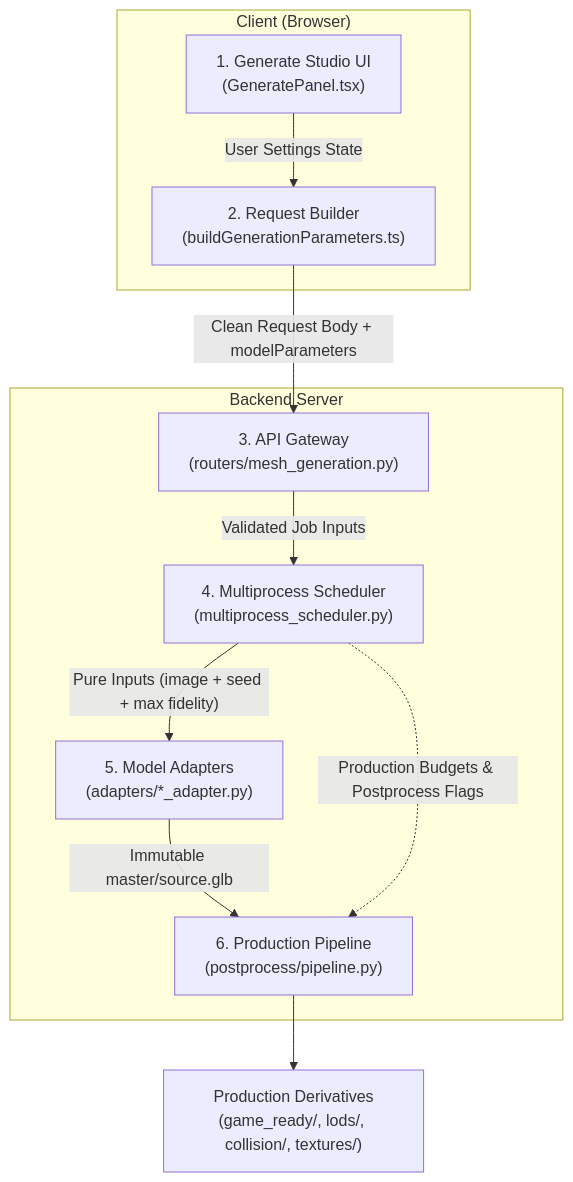
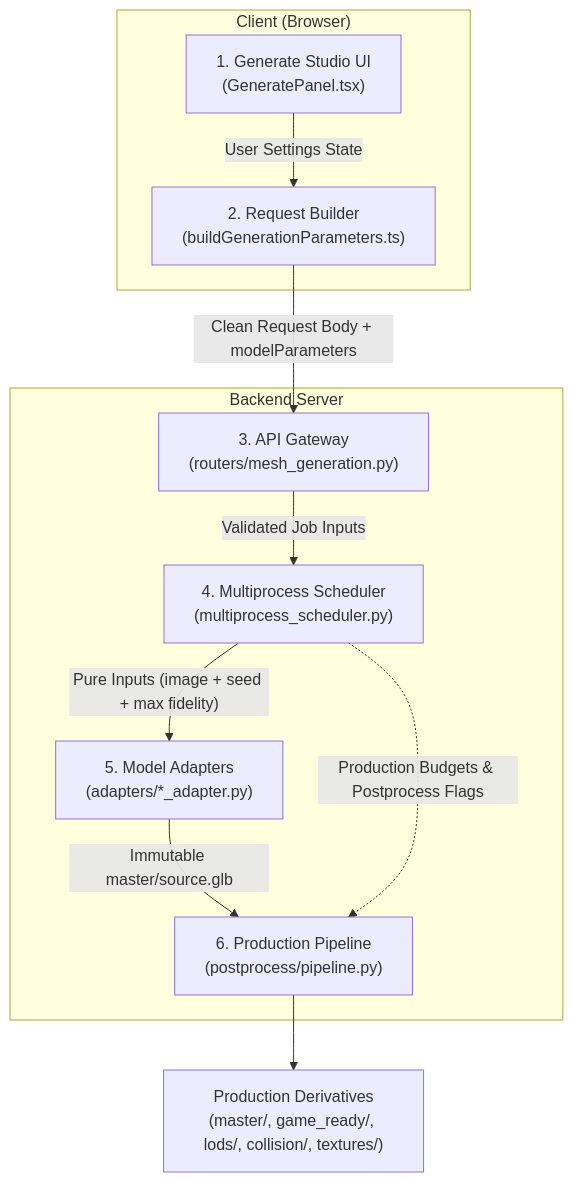
Before and after one commit to Silentzx2/ForMash3D: the diagram in Docs/GENERATION-UI-CONTRACT.md, drawn with Mermaid. The commit also changed other lines of this file and 27 other files, not shown here.

````diff
--- a/Docs/GENERATION-UI-CONTRACT.md
+++ b/Docs/GENERATION-UI-CONTRACT.md
@@ -14,20 +14,20 @@
 ```mermaid
 flowchart TD
     subgraph Client ["Client (Browser)"]
         UI["1. Generate Studio UI<br/>(GeneratePanel.tsx)"]
         RB["2. Request Builder<br/>(buildGenerationParameters.ts)"]
     end
     subgraph Server ["Backend Server"]
         API["3. API Gateway<br/>(routers/mesh_generation.py)"]
         SCH["4. Multiprocess Scheduler<br/>(multiprocess_scheduler.py)"]
         ADP["5. Model Adapters<br/>(adapters/*_adapter.py)"]
         PP["6. Production Pipeline<br/>(postprocess/pipeline.py)"]
     end
     UI -->|"User Settings State"| RB
     RB -->|"Clean Request Body + modelParameters"| API
     API -->|"Validated Job Inputs"| SCH
     SCH -->|"Pure Inputs (image + seed + max fidelity)"| ADP
     ADP -->|"Immutable master/source.glb"| PP
     SCH -.->|"Production Budgets & Postprocess Flags"| PP
-    PP --> OUT["Production Derivatives<br/>(game_ready/, lods/, collision/, textures/)"]
+    PP --> OUT["Production Derivatives<br/>(master/, game_ready/, lods/, collision/, textures/)"]
 ```
````
